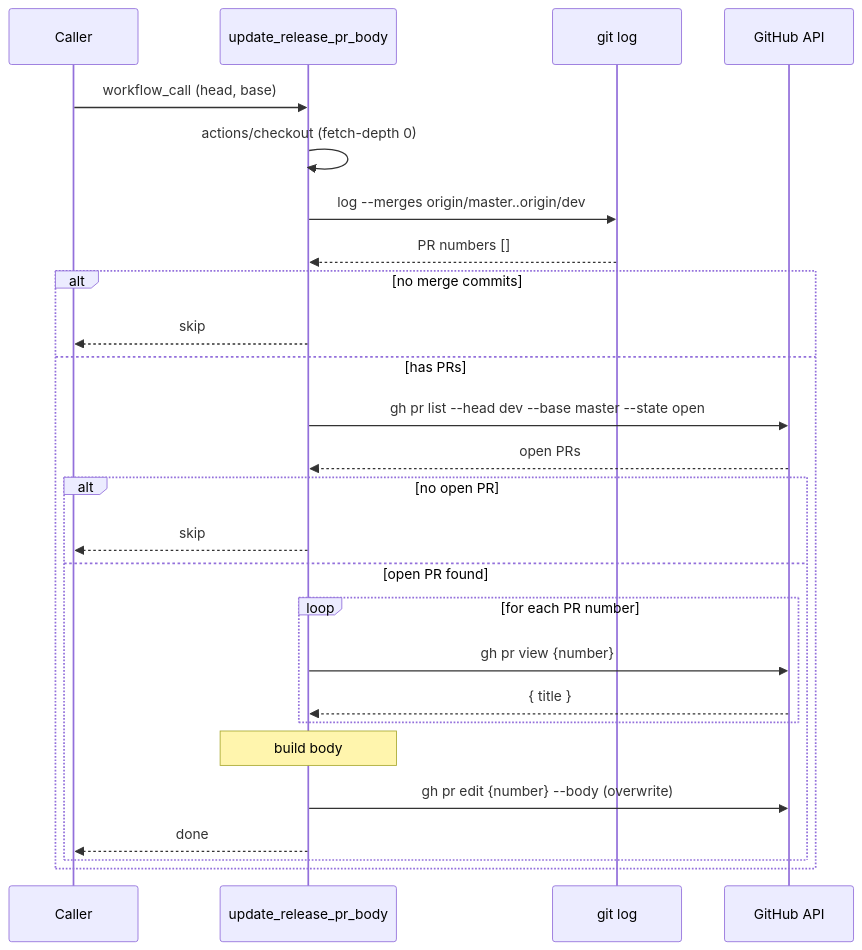
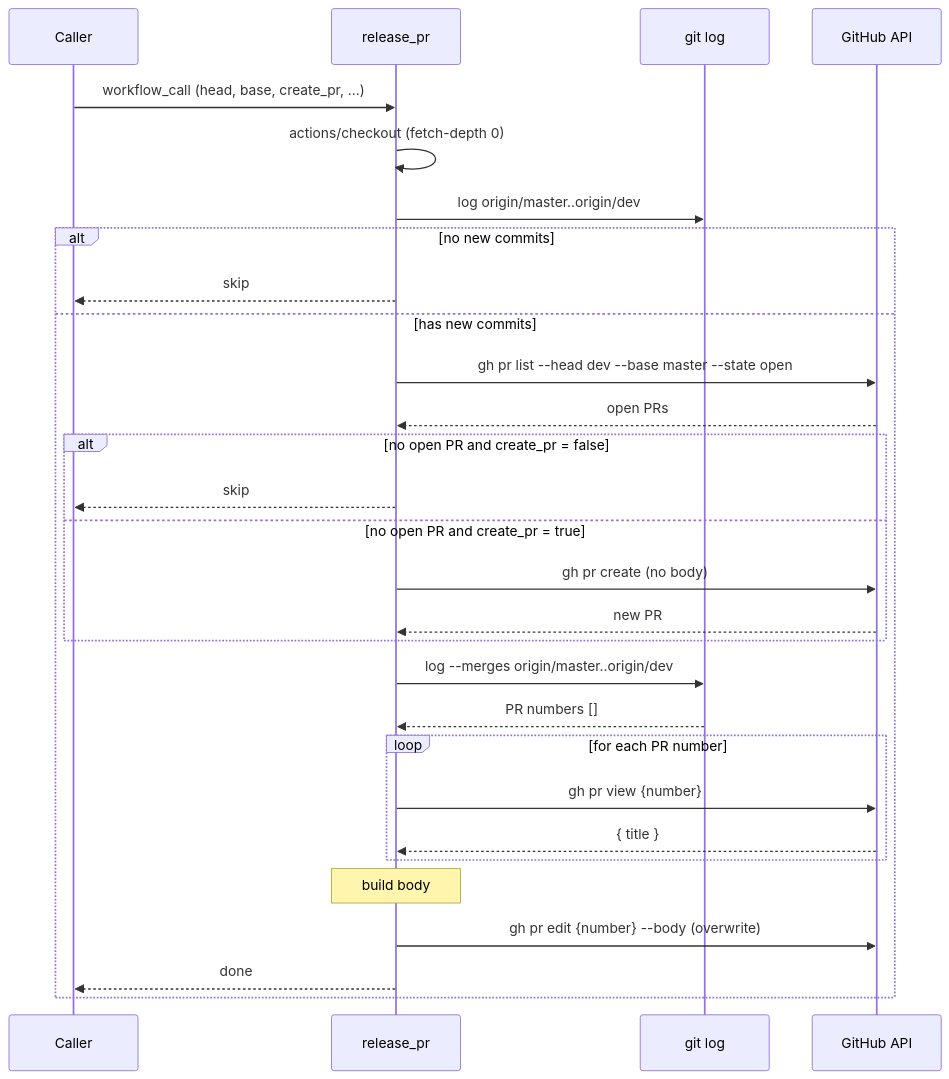
One commit to CoolBitX-Technology/cp-workflow-template changed the second of 2 diagrams in docs/plans/2026-10-12-auto-create-release-pr.md. Above: the diagram before and after it, drawn with Mermaid. The commit also changed other lines of this file and 4 other files, not shown here.

First line of the commit message:
refactor(workflow): merge release PR workflows into release_pr.yml

````diff
--- a/docs/plans/2026-10-12-auto-create-release-pr.md
+++ b/docs/plans/2026-10-12-auto-create-release-pr.md
@@ -173,32 +137,35 @@
 ```mermaid
 sequenceDiagram
     participant Caller
-    participant RW as update_release_pr_body
+    participant RW as release_pr
     participant Git as git log
     participant GH as GitHub API
 
-    Caller->>RW: workflow_call (head, base)
+    Caller->>RW: workflow_call (head, base, create_pr, ...)
     RW->>RW: actions/checkout (fetch-depth 0)
 
-    RW->>Git: log --merges origin/master..origin/dev
-    Git-->>RW: PR numbers []
-
-    alt no merge commits
+    RW->>Git: log origin/master..origin/dev
+    alt no new commits
         RW-->>Caller: skip
-    else has PRs
+    else has new commits
         RW->>GH: gh pr list --head dev --base master --state open
         GH-->>RW: open PRs
 
-        alt no open PR
+        alt no open PR and create_pr = false
             RW-->>Caller: skip
-        else open PR found
-            loop for each PR number
-                RW->>GH: gh pr view {number}
-                GH-->>RW: { title }
-            end
-            Note over RW: build body
-            RW->>GH: gh pr edit {number} --body (overwrite)
-            RW-->>Caller: done
+        else no open PR and create_pr = true
+            RW->>GH: gh pr create (no body)
+            GH-->>RW: new PR
         end
+
+        RW->>Git: log --merges origin/master..origin/dev
+        Git-->>RW: PR numbers []
+        loop for each PR number
+            RW->>GH: gh pr view {number}
+            GH-->>RW: { title }
+        end
+        Note over RW: build body
+        RW->>GH: gh pr edit {number} --body (overwrite)
+        RW-->>Caller: done
     end
 ```
````
